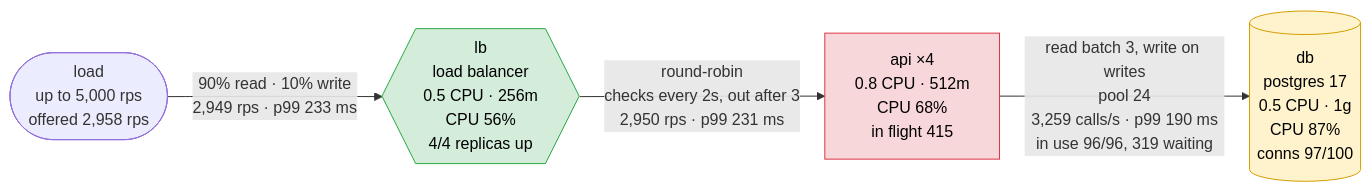
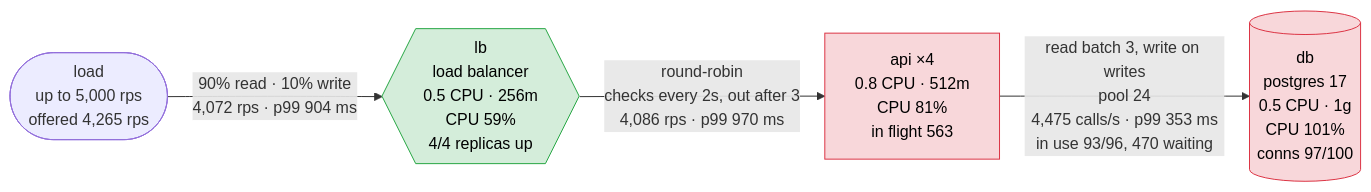
One commit to akinfemi/load-lore changed the first of 5 diagrams in scenarios/single-postgres-breaking-point/solutions/one-query-per-page/report.md. Above: the diagram before and after it, drawn with Mermaid. The commit also changed other lines of this file and 20 other files, not shown here.

````diff
--- a/scenarios/single-postgres-breaking-point/solutions/one-query-per-page/report.md
+++ b/scenarios/single-postgres-breaking-point/solutions/one-query-per-page/report.md
@@ -17,16 +15,15 @@
 ```mermaid
 flowchart LR
-    load(["load<br/>up to 5,000 rps<br/>offered 2,958 rps"])
-    lb{{"lb<br/>load balancer<br/>0.5 CPU · 256m<br/>CPU 56%<br/>4/4 replicas up"}}
-    api["api ×4<br/>0.8 CPU · 512m<br/>CPU 68%<br/>in flight 415"]
-    db[("db<br/>postgres 17<br/>0.5 CPU · 1g<br/>CPU 87%<br/>conns 97/100")]
-    load -->|"90% read · 10% write<br/>2,949 rps · p99 233 ms"| lb
-    lb -->|"round-robin<br/>checks every 2s, out after 3<br/>2,950 rps · p99 231 ms"| api
-    api -->|"read batch 3, write on writes<br/>pool 24<br/>3,259 calls/s · p99 190 ms<br/>in use 96/96, 319 waiting"| db
+    load(["load<br/>up to 5,000 rps<br/>offered 4,265 rps"])
+    lb{{"lb<br/>load balancer<br/>0.5 CPU · 256m<br/>CPU 59%<br/>4/4 replicas up"}}
+    api["api ×4<br/>0.8 CPU · 512m<br/>CPU 81%<br/>in flight 563"]
+    db[("db<br/>postgres 17<br/>0.5 CPU · 1g<br/>CPU 101%<br/>conns 97/100")]
+    load -->|"90% read · 10% write<br/>4,072 rps · p99 904 ms"| lb
+    lb -->|"round-robin<br/>checks every 2s, out after 3<br/>4,086 rps · p99 970 ms"| api
+    api -->|"read batch 3, write on writes<br/>pool 24<br/>4,475 calls/s · p99 353 ms<br/>in use 93/96, 470 waiting"| db
     classDef ok fill:#d4edda,stroke:#28a745,color:#000
     classDef warm fill:#fff3cd,stroke:#d39e00,color:#000
     classDef hot fill:#f8d7da,stroke:#dc3545,color:#000
     class lb ok
-    class api hot
-    class db warm
+    class api,db hot
 ```
````
